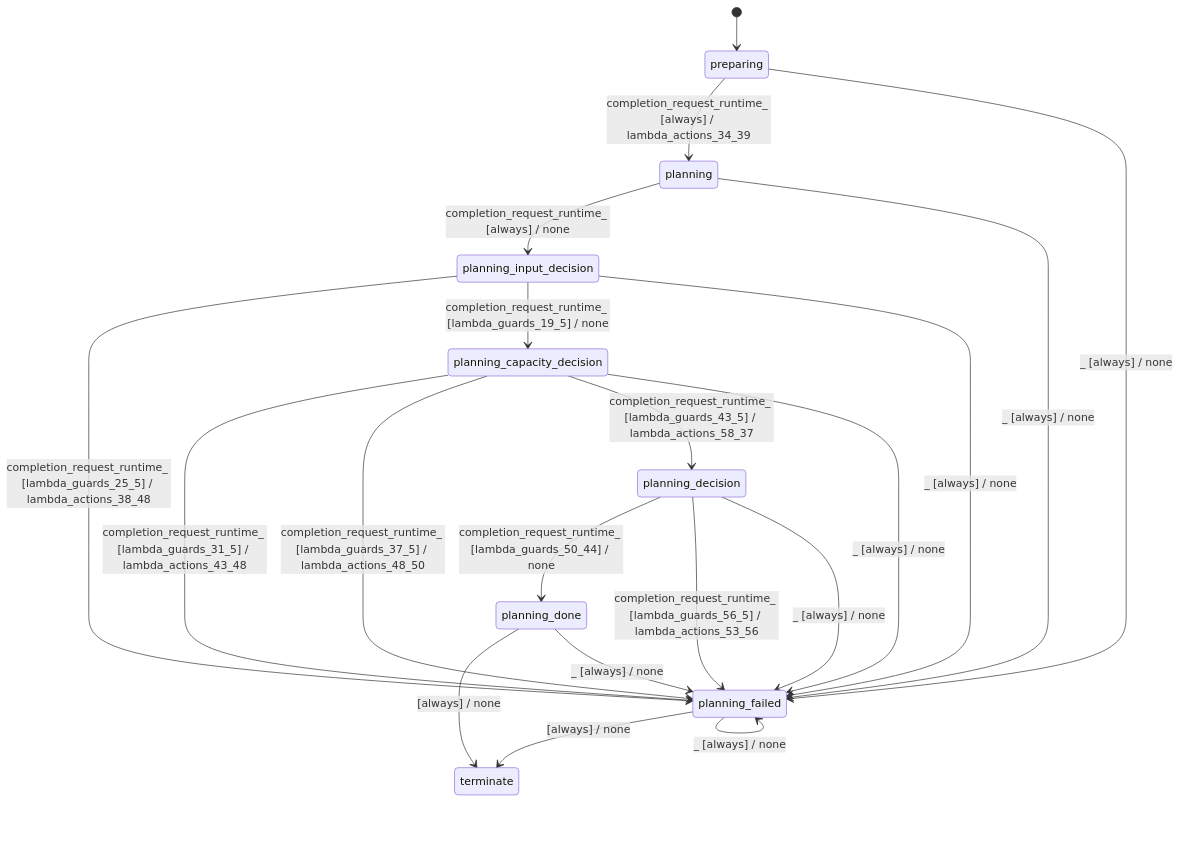
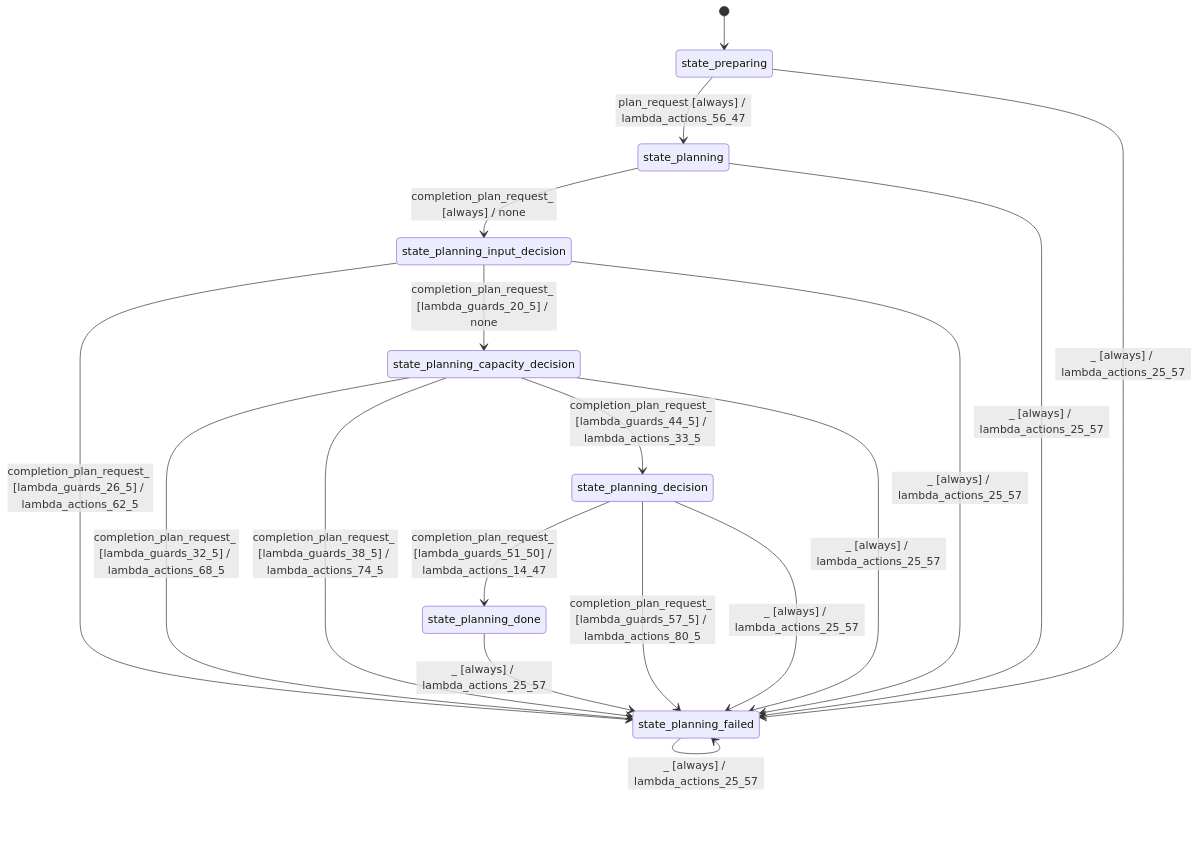
Before and after one commit to stateforward/emel.cpp: the diagram in docs/architecture/batch_planner_modes_simple.md, drawn with Mermaid. The commit also changed other lines of this file and 78 other files, not shown here.

````diff
--- a/docs/architecture/batch_planner_modes_simple.md
+++ b/docs/architecture/batch_planner_modes_simple.md
@@ -7,23 +7,21 @@
 ```mermaid
 stateDiagram-v2
   direction TB
-  [*] --> preparing
-  preparing --> planning : completion_request_runtime_ [always] / lambda_actions_34_39
-  planning --> planning_input_decision : completion_request_runtime_ [always] / none
-  planning_input_decision --> planning_failed : completion_request_runtime_ [lambda_guards_25_5] / lambda_actions_38_48
-  planning_input_decision --> planning_capacity_decision : completion_request_runtime_ [lambda_guards_19_5] / none
-  planning_capacity_decision --> planning_failed : completion_request_runtime_ [lambda_guards_31_5] / lambda_actions_43_48
-  planning_capacity_decision --> planning_failed : completion_request_runtime_ [lambda_guards_37_5] / lambda_actions_48_50
-  planning_capacity_decision --> planning_decision : completion_request_runtime_ [lambda_guards_43_5] / lambda_actions_58_37
-  planning_decision --> planning_done : completion_request_runtime_ [lambda_guards_50_44] / none
-  planning_decision --> planning_failed : completion_request_runtime_ [lambda_guards_56_5] / lambda_actions_53_56
-  planning_done --> terminate : [always] / none
-  planning_failed --> terminate : [always] / none
-  planning_done --> planning_failed : _ [always] / none
-  planning_failed --> planning_failed : _ [always] / none
-  preparing --> planning_failed : _ [always] / none
-  planning --> planning_failed : _ [always] / none
-  planning_input_decision --> planning_failed : _ [always] / none
-  planning_capacity_decision --> planning_failed : _ [always] / none
-  planning_decision --> planning_failed : _ [always] / none
+  [*] --> state_preparing
+  state_preparing --> state_planning : plan_request [always] / lambda_actions_56_47
+  state_planning --> state_planning_input_decision : completion_plan_request_ [always] / none
+  state_planning_input_decision --> state_planning_failed : completion_plan_request_ [lambda_guards_26_5] / lambda_actions_62_5
+  state_planning_input_decision --> state_planning_capacity_decision : completion_plan_request_ [lambda_guards_20_5] / none
+  state_planning_capacity_decision --> state_planning_failed : completion_plan_request_ [lambda_guards_32_5] / lambda_actions_68_5
+  state_planning_capacity_decision --> state_planning_failed : completion_plan_request_ [lambda_guards_38_5] / lambda_actions_74_5
+  state_planning_capacity_decision --> state_planning_decision : completion_plan_request_ [lambda_guards_44_5] / lambda_actions_33_5
+  state_planning_decision --> state_planning_done : completion_plan_request_ [lambda_guards_51_50] / lambda_actions_14_47
+  state_planning_decision --> state_planning_failed : completion_plan_request_ [lambda_guards_57_5] / lambda_actions_80_5
+  state_planning_done --> state_planning_failed : _ [always] / lambda_actions_25_57
+  state_planning_failed --> state_planning_failed : _ [always] / lambda_actions_25_57
+  state_preparing --> state_planning_failed : _ [always] / lambda_actions_25_57
+  state_planning --> state_planning_failed : _ [always] / lambda_actions_25_57
+  state_planning_input_decision --> state_planning_failed : _ [always] / lambda_actions_25_57
+  state_planning_capacity_decision --> state_planning_failed : _ [always] / lambda_actions_25_57
+  state_planning_decision --> state_planning_failed : _ [always] / lambda_actions_25_57
 ```
````
